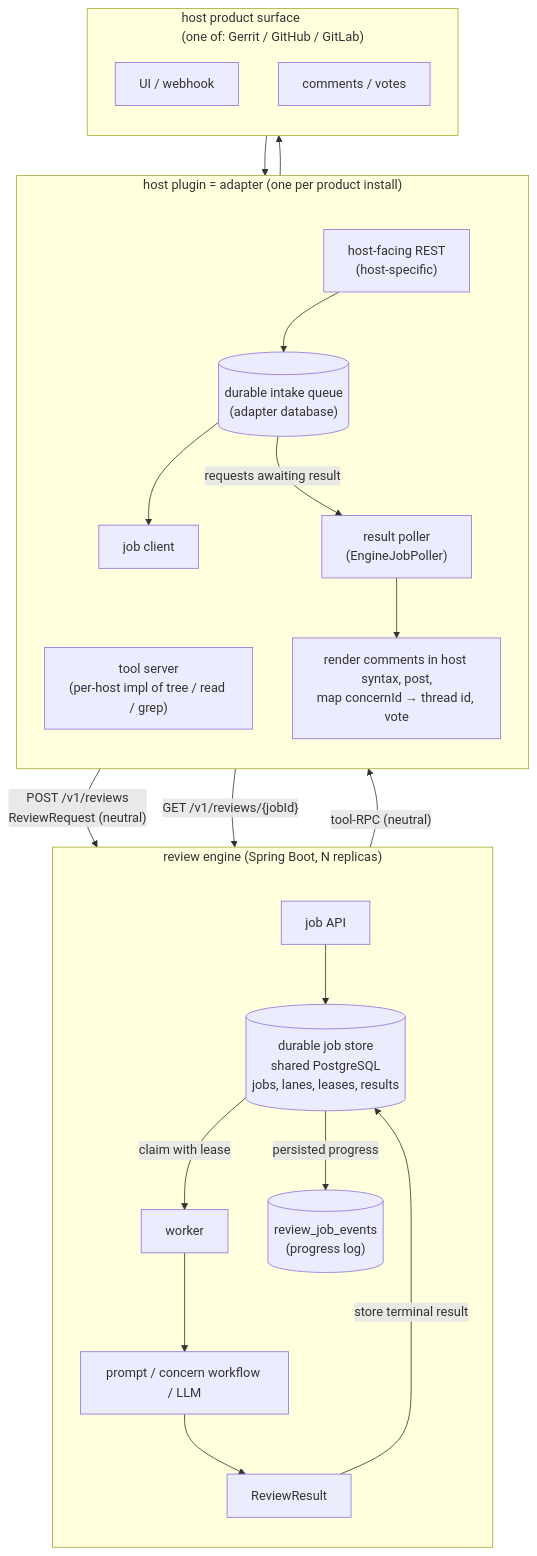
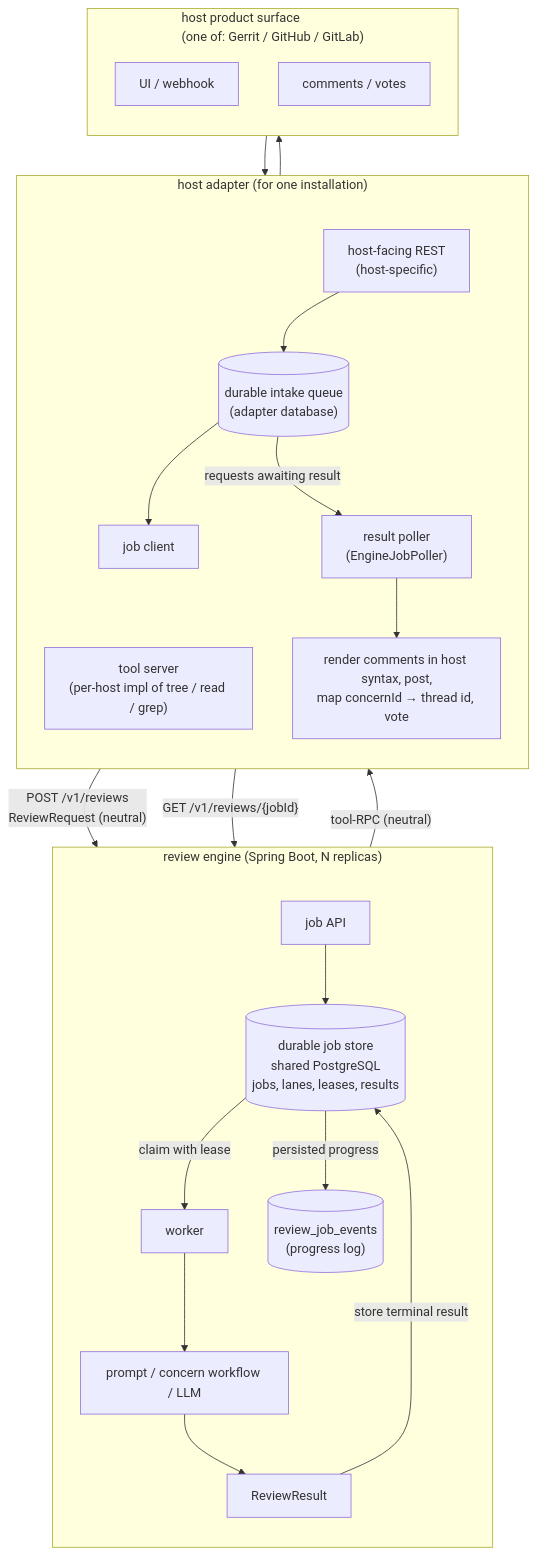
Before and after one commit to amarula/reviewai-gerrit-plugin: the diagram in docs/proposals/backend-frontend-split.md, drawn with Mermaid. The commit also changed other lines of this file, not shown here.

````diff
--- a/docs/proposals/backend-frontend-split.md
+++ b/docs/proposals/backend-frontend-split.md
@@ -148,59 +151,59 @@
 ```mermaid
 ---
 config:
   flowchart:
     subGraphTitleMargin:
       bottom: 30
 ---
 flowchart TB
   subgraph Engine["review engine (Spring Boot, N replicas)"]
     direction TB
     API["job API"]
     Jobs[("durable job store<br/>shared PostgreSQL<br/>jobs, lanes, leases, results")]
     Worker["worker"]
     Events[("review_job_events<br/>(progress log)")]
     Workflow["prompt / concern workflow / LLM"]
     Result["ReviewResult"]
 
     API --> Jobs
     Jobs -->|"claim with lease"| Worker
     Jobs -->|"persisted progress"| Events
     Worker --> Workflow
     Workflow --> Result
     Result -->|"store terminal result"| Jobs
   end
 
-  subgraph Adapter["host plugin = adapter (one per product install)"]
+  subgraph Adapter["host adapter (for one installation)"]
     direction TB
     Rest["host-facing REST<br/>(host-specific)"]
     Intake[("durable intake queue<br/>(adapter database)")]
     Client["job client"]
     Poller["result poller<br/>(EngineJobPoller)"]
     Publish["render comments in host syntax, post,<br/>map concernId → thread id, vote"]
     Tools["tool server<br/>(per-host impl of tree / read / grep)"]
 
     Rest --> Intake
     Intake --> Client
     Intake -->|"requests awaiting result"| Poller
     Poller --> Publish
 
     %% Stagger the right-hand nodes to clear the engine-facing arrows.
     Rest ~~~ Poller
     Poller ~~~ Intake
     Client ~~~ Tools
   end
 
   subgraph Host["host product surface<br/>(one of: Gerrit / GitHub / GitLab)"]
     direction TB
     UI["UI / webhook"]
     Reviews["comments / votes"]
   end
 
   UI --> Rest
   Client -->|"POST /v1/reviews<br/>ReviewRequest (neutral)"| API
   Poller -->|"GET /v1/reviews/{jobId}"| API
   %% Keep the adapter and engine side by side without a response arrow.
   API ~~~ Poller
   Worker -->|"tool-RPC (neutral)"| Tools
   Publish --> Reviews
 ```
````
